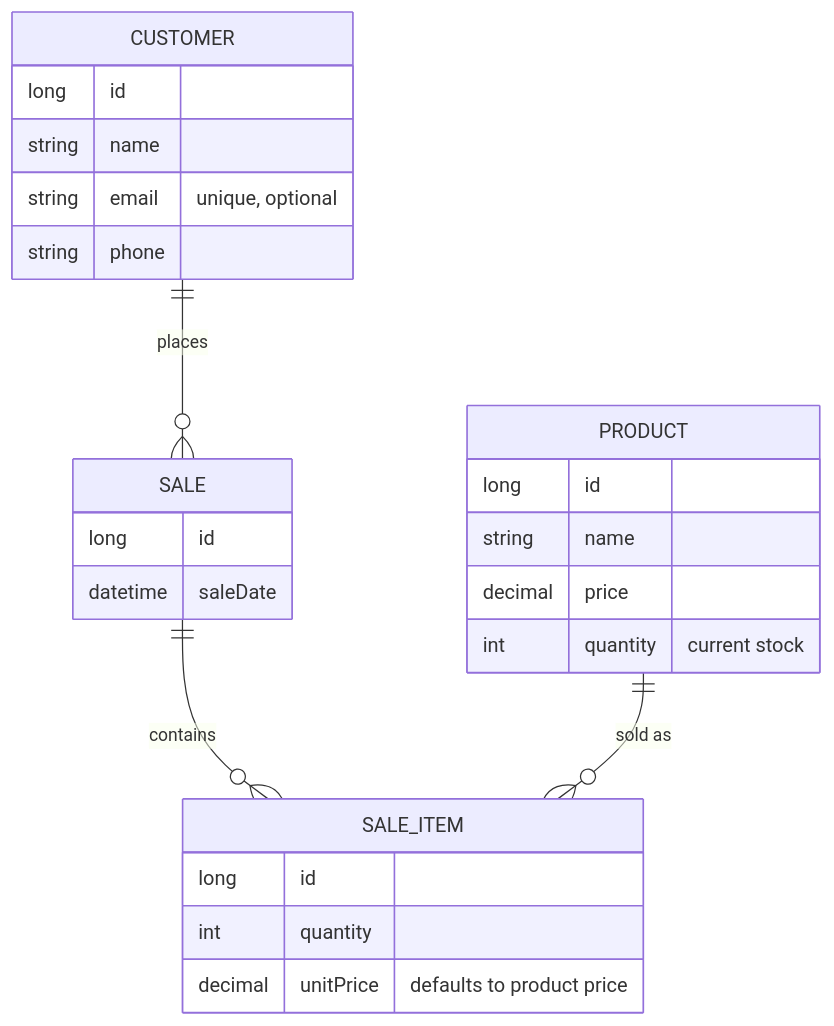
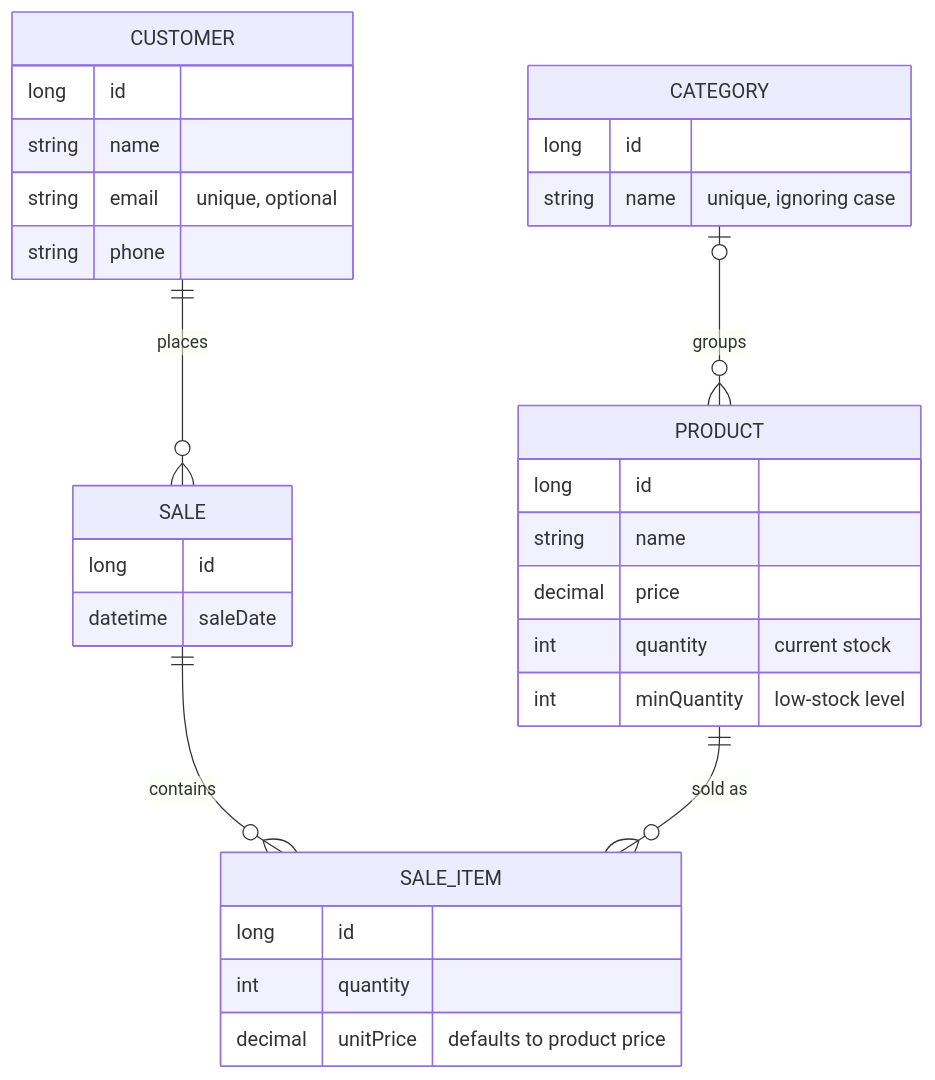
The diagram in README.md (IlyasRachid20/stock-api), drawn with Mermaid before and after one commit. The commit also changed other lines of this file and 46 other files, not shown here.

First line of the commit message:
Add product categories: API, filter, revenue by category and admin page

````diff
--- a/README.md
+++ b/README.md
@@ -68,28 +69,34 @@
 ```mermaid
 erDiagram
     CUSTOMER ||--o{ SALE : places
     SALE ||--o{ SALE_ITEM : contains
     PRODUCT ||--o{ SALE_ITEM : "sold as"
+    CATEGORY |o--o{ PRODUCT : groups
 
     CUSTOMER {
         long id
         string name
         string email "unique, optional"
         string phone
     }
+    CATEGORY {
+        long id
+        string name "unique, ignoring case"
+    }
     PRODUCT {
         long id
         string name
         decimal price
         int quantity "current stock"
+        int minQuantity "low-stock level"
     }
     SALE {
         long id
         datetime saleDate
     }
     SALE_ITEM {
         long id
         int quantity
         decimal unitPrice "defaults to product price"
     }
 ```
````
